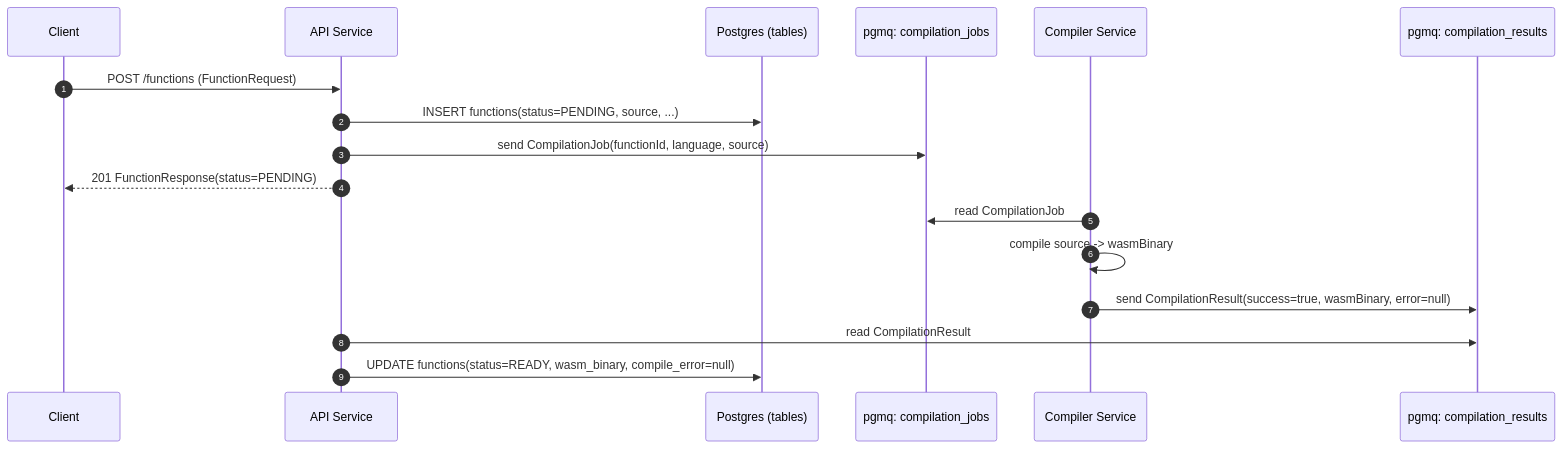
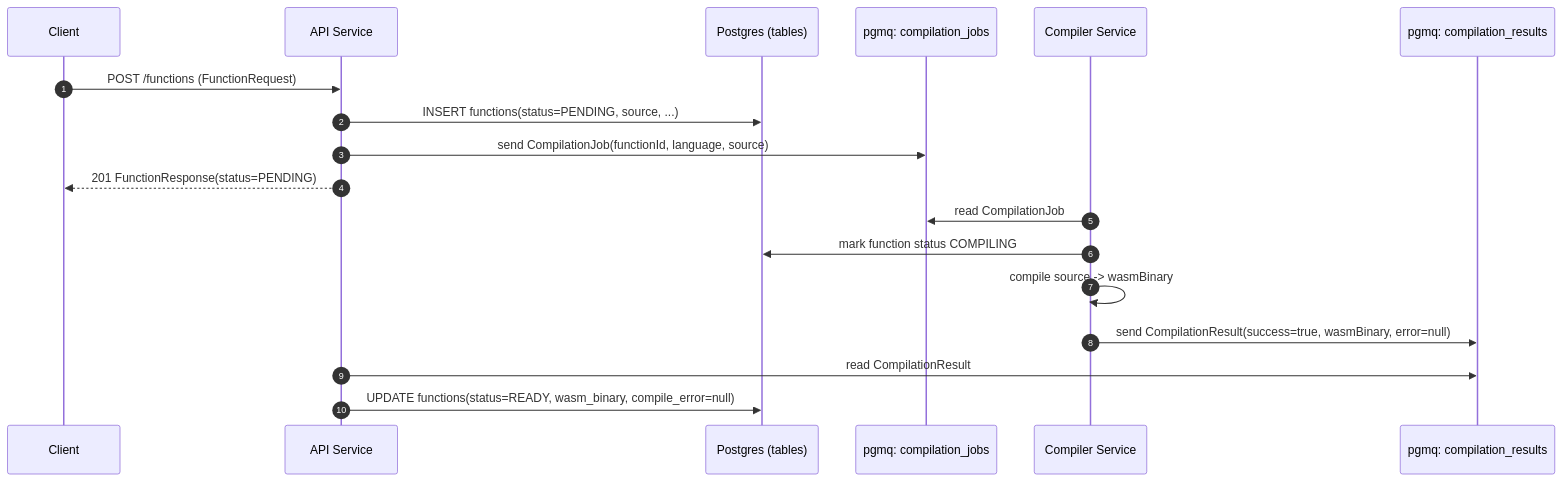
One commit to nilenso/raj-onboarding changed the first of 6 diagrams in projectNIL/scope/flows.md. Above: the diagram before and after it, drawn with Mermaid. The commit also changed other lines of this file and 2 other files, not shown here.

Commit message:
docs(scope): converge flow policies

````diff
--- a/projectNIL/scope/flows.md
+++ b/projectNIL/scope/flows.md
@@ -12,22 +12,23 @@
 ```mermaid
 sequenceDiagram
   autonumber
   participant C as Client
   participant API as API Service
   participant DB as Postgres (tables)
   participant QJ as pgmq: compilation_jobs
   participant CS as Compiler Service
   participant QR as pgmq: compilation_results
 
   C->>API: POST /functions (FunctionRequest)
   API->>DB: INSERT functions(status=PENDING, source, ...)
   API->>QJ: send CompilationJob(functionId, language, source)
   API-->>C: 201 FunctionResponse(status=PENDING)
 
   CS->>QJ: read CompilationJob
+  CS->>DB: mark function status COMPILING
   CS->>CS: compile source -> wasmBinary
   CS->>QR: send CompilationResult(success=true, wasmBinary, error=null)
 
   API->>QR: read CompilationResult
   API->>DB: UPDATE functions(status=READY, wasm_binary, compile_error=null)
 ```
````
